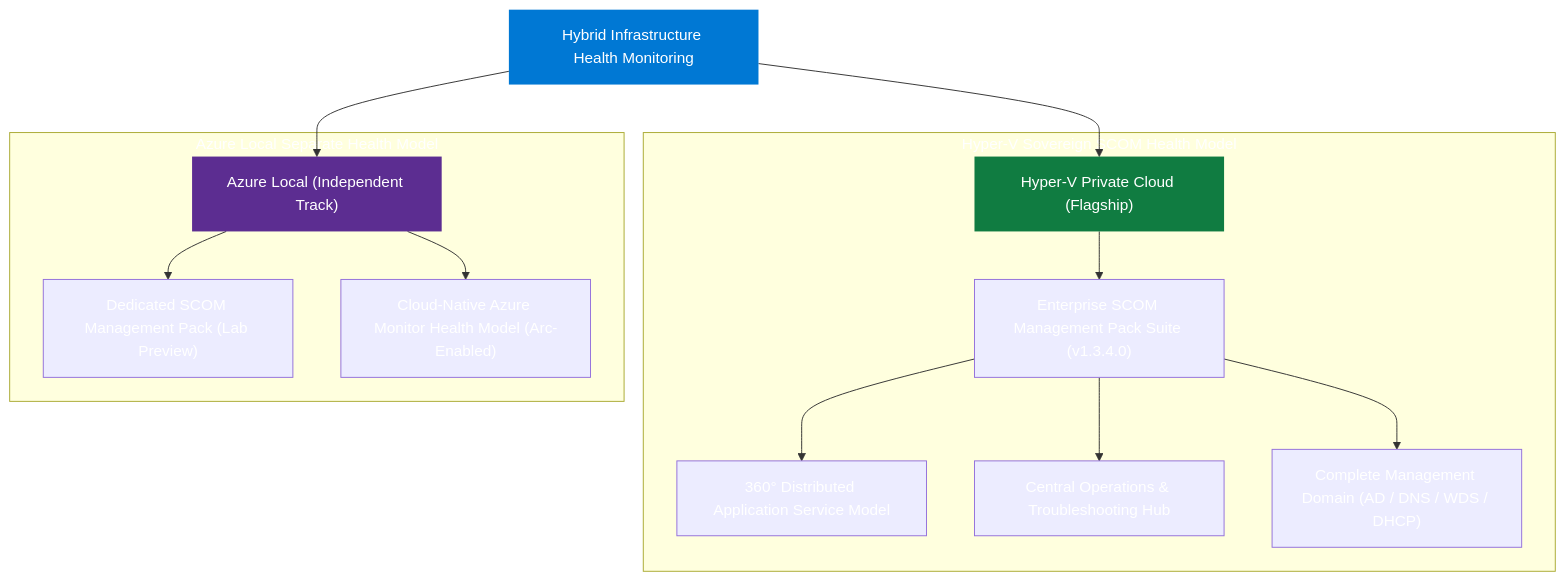
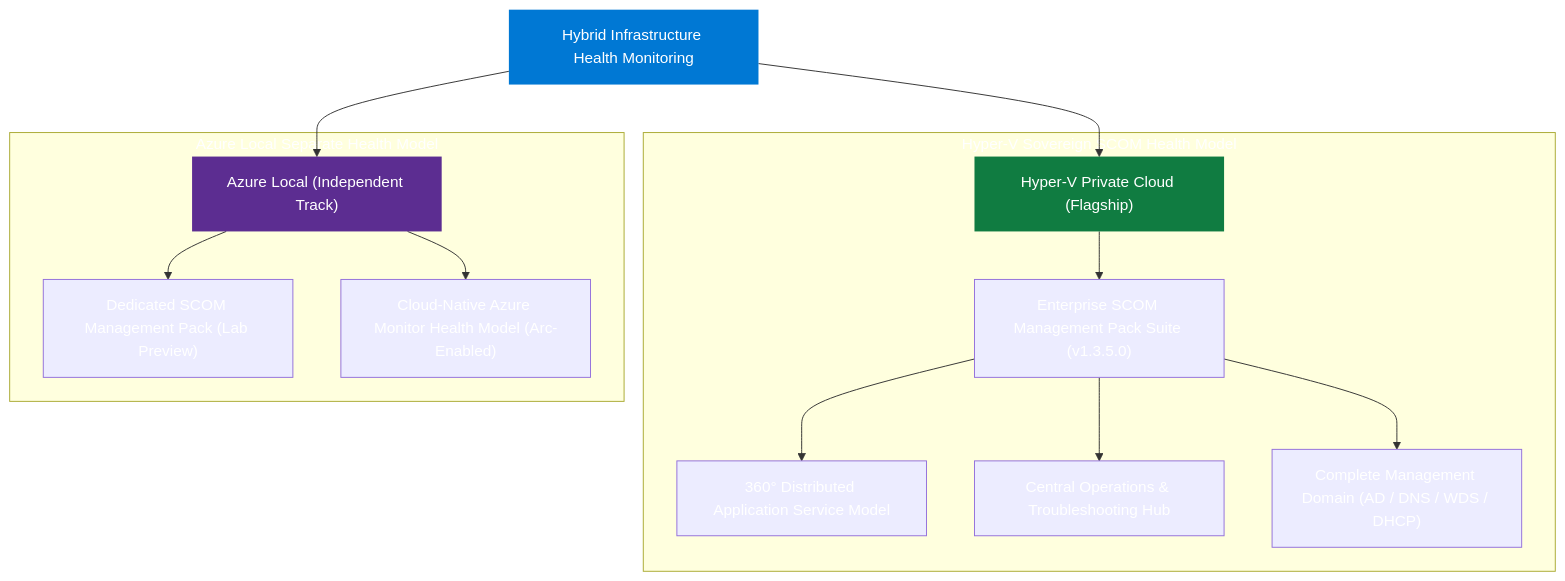
Before and after one commit to Hybrid-Solutions-Cloud/hybrid-health-monitoring: the diagram in docs/index.md, drawn with Mermaid. The commit also changed other lines of this file and 14 other files, not shown here.

````diff
--- a/docs/index.md
+++ b/docs/index.md
@@ -54,22 +54,22 @@
 ```mermaid
 graph TD
     Root["Hybrid Infrastructure Health Monitoring"]:::root
     Root --> HV["Hyper-V Private Cloud (Flagship)"]:::flagship
     Root --> AzL["Azure Local (Independent Track)"]:::independent
 
     subgraph HVTrack["Hyper-V Sovereign SCOM Health Model"]
-        HV --> HVS["Enterprise SCOM Management Pack Suite (v1.3.4.0)"]
+        HV --> HVS["Enterprise SCOM Management Pack Suite (v1.3.5.0)"]
         HVS --> HVDA["360° Distributed Application Service Model"]
         HVS --> HVOps["Central Operations & Troubleshooting Hub"]
         HVS --> HVMgmt["Complete Management Domain (AD / DNS / WDS / DHCP)"]
     end
 
     subgraph AzLTrack["Azure Local Separate Health Model"]
         AzL --> AzLS["Dedicated SCOM Management Pack (Lab Preview)"]
         AzL --> AzLA["Cloud-Native Azure Monitor Health Model (Arc-Enabled)"]
     end
 
     classDef root fill:#0078D4,color:#fff,stroke:none
     classDef flagship fill:#107c41,color:#fff,stroke:none
     classDef independent fill:#5c2d91,color:#fff,stroke:none
 ```
````
